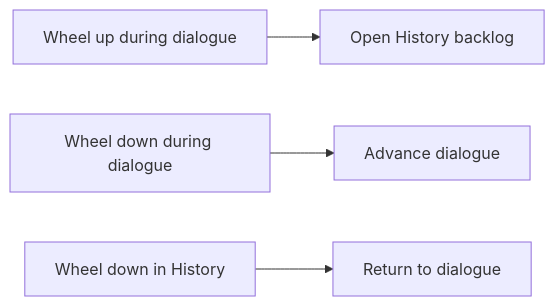
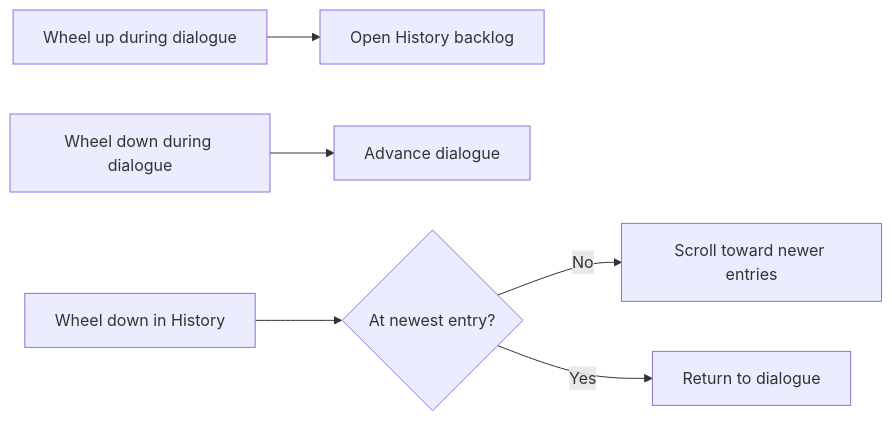
Before and after one commit to ThanhNhanGit/KirikiriLike: the diagram in README.md, drawn with Mermaid. The commit also changed other lines of this file and 1 other file, not shown here.

Commit message:
Improve History wheel-down scrolling

````diff
--- a/README.md
+++ b/README.md
@@ -114,6 +114,8 @@
 ```mermaid
 flowchart LR
     U["Wheel up during dialogue"] --> H["Open History backlog"]
     D["Wheel down during dialogue"] --> A["Advance dialogue"]
-    HD["Wheel down in History"] --> R["Return to dialogue"]
+    HD["Wheel down in History"] --> B{"At newest entry?"}
+    B -- "No" --> S["Scroll toward newer entries"]
+    B -- "Yes" --> R["Return to dialogue"]
 ```
````
